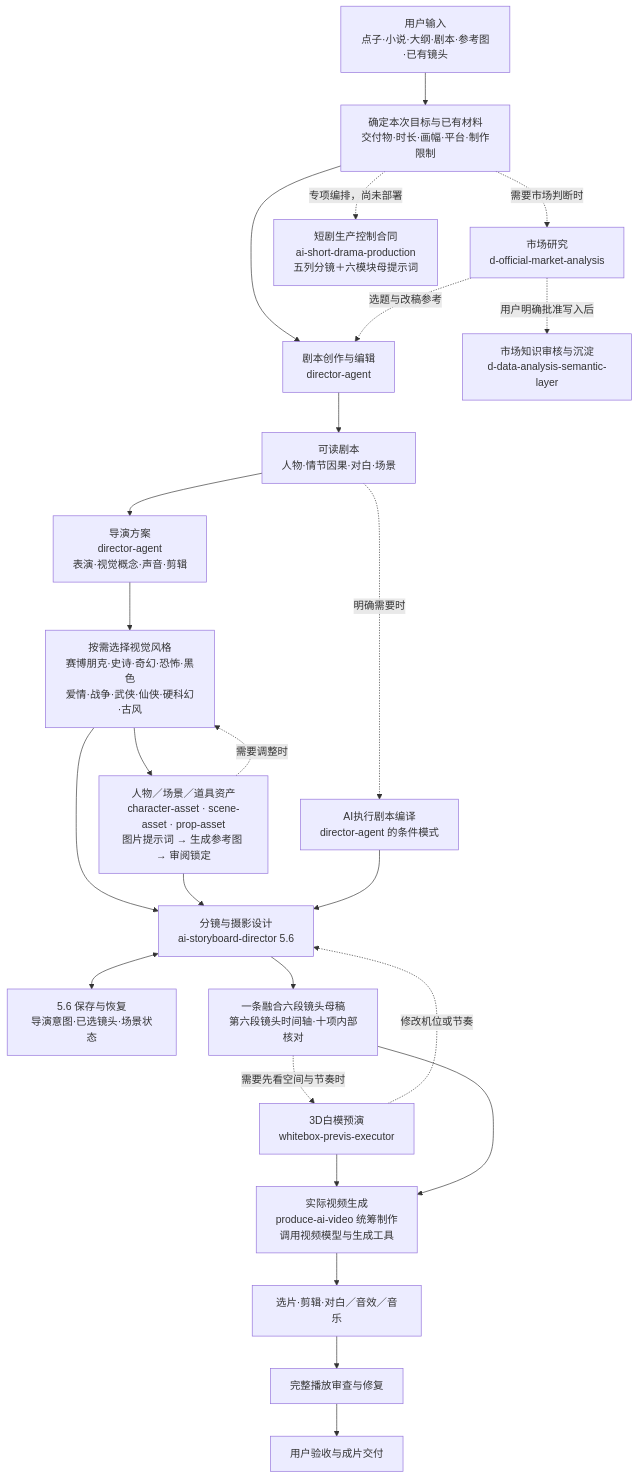
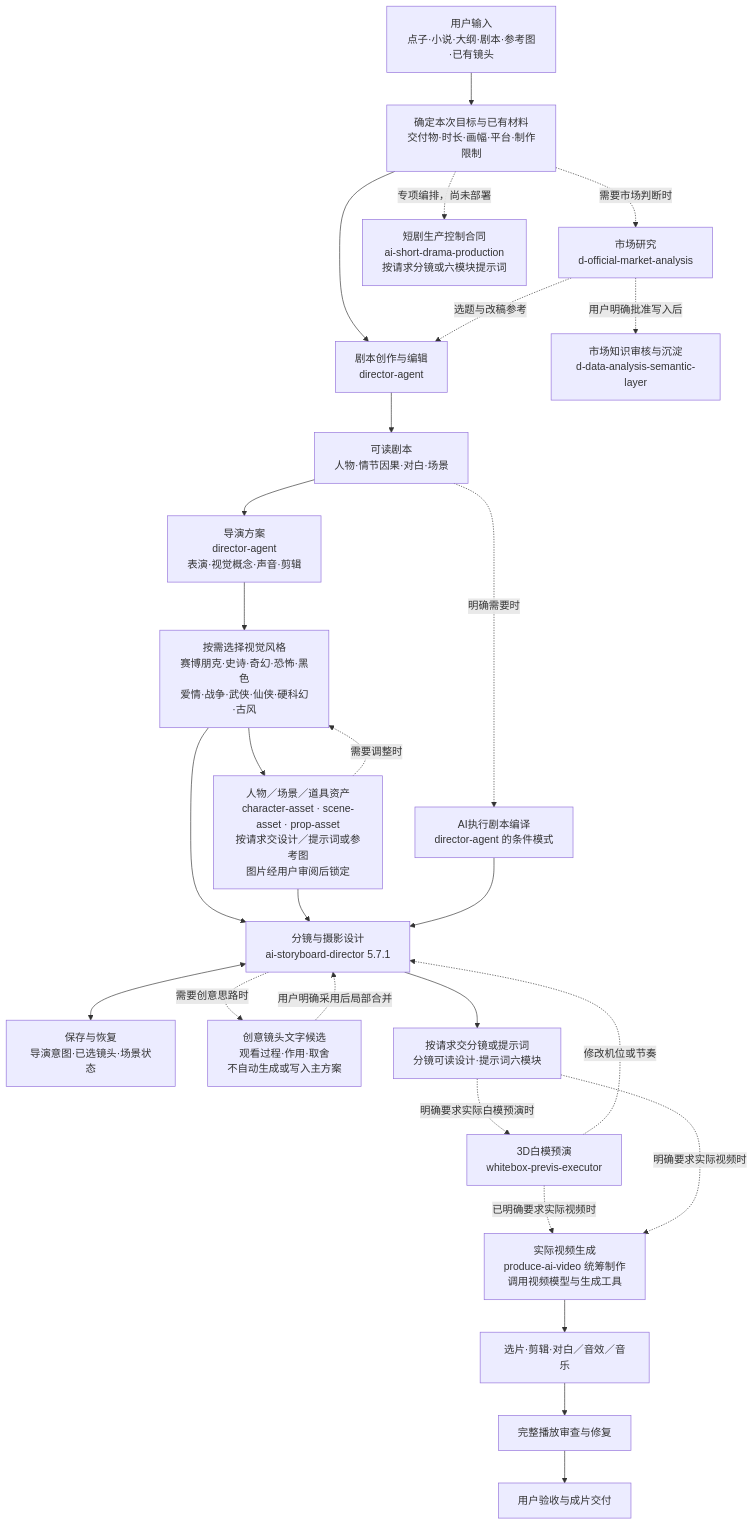
Before and after one commit to 62656456/ai-film-skills: the diagram in docs/WORKFLOW.md, drawn with Mermaid. The commit also changed other lines of this file and 245 other files, not shown here.

````diff
--- a/docs/WORKFLOW.md
+++ b/docs/WORKFLOW.md
@@ -13,27 +13,29 @@
 ```mermaid
 flowchart TB
     U["用户输入<br/>点子·小说·大纲·剧本·参考图·已有镜头"] --> T["确定本次目标与已有材料<br/>交付物·时长·画幅·平台·制作限制"]
     T --> W["剧本创作与编辑<br/>director-agent"]
     T -. "需要市场判断时" .-> M["市场研究<br/>d-official-market-analysis"]
     M -. "选题与改稿参考" .-> W
     M -. "用户明确批准写入后" .-> K["市场知识审核与沉淀<br/>d-data-analysis-semantic-layer"]
     W --> S["可读剧本<br/>人物·情节因果·对白·场景"]
     S --> D["导演方案<br/>director-agent<br/>表演·视觉概念·声音·剪辑"]
     S -. "明确需要时" .-> X["AI执行剧本编译<br/>director-agent 的条件模式"]
     D --> V["按需选择视觉风格<br/>赛博朋克·史诗·奇幻·恐怖·黑色<br/>爱情·战争·武侠·仙侠·硬科幻·古风"]
-    V --> A["人物／场景／道具资产<br/>character-asset · scene-asset · prop-asset<br/>图片提示词 → 生成参考图 → 审阅锁定"]
+    V --> A["人物／场景／道具资产<br/>character-asset · scene-asset · prop-asset<br/>按请求交设计／提示词或参考图<br/>图片经用户审阅后锁定"]
     A -. "需要调整时" .-> V
-    V --> B["分镜与摄影设计<br/>ai-storyboard-director 5.6"]
+    V --> B["分镜与摄影设计<br/>ai-storyboard-director 5.7.1"]
     A --> B
     X --> B
-    B <--> R["5.6 保存与恢复<br/>导演意图·已选镜头·场景状态"]
-    B --> P["一条融合六段镜头母稿<br/>第六段镜头时间轴·十项内部核对"]
-    P -. "需要先看空间与节奏时" .-> PRE["3D白模预演<br/>whitebox-previs-executor"]
+    B <--> R["保存与恢复<br/>导演意图·已选镜头·场景状态"]
+    B -. "需要创意思路时" .-> C["创意镜头文字候选<br/>观看过程·作用·取舍<br/>不自动生成或写入主方案"]
+    C -. "用户明确采用后局部合并" .-> B
+    B --> P["按请求交分镜或提示词<br/>分镜可读设计·提示词六模块"]
+    P -. "明确要求实际白模预演时" .-> PRE["3D白模预演<br/>whitebox-previs-executor"]
     PRE -. "修改机位或节奏" .-> B
-    PRE --> G["实际视频生成<br/>produce-ai-video 统筹制作<br/>调用视频模型与生成工具"]
-    P --> G
+    PRE -. "已明确要求实际视频时" .-> G["实际视频生成<br/>produce-ai-video 统筹制作<br/>调用视频模型与生成工具"]
+    P -. "明确要求实际视频时" .-> G
     G --> E["选片·剪辑·对白／音效／音乐"]
     E --> Q["完整播放审查与修复"]
     Q --> F["用户验收与成片交付"]
-    T -. "专项编排，尚未部署" .-> SHORT["短剧生产控制合同<br/>ai-short-drama-production<br/>五列分镜＋六模块母提示词"]
+    T -. "专项编排，尚未部署" .-> SHORT["短剧生产控制合同<br/>ai-short-drama-production<br/>按请求分镜或六模块提示词"]
 ```
````
